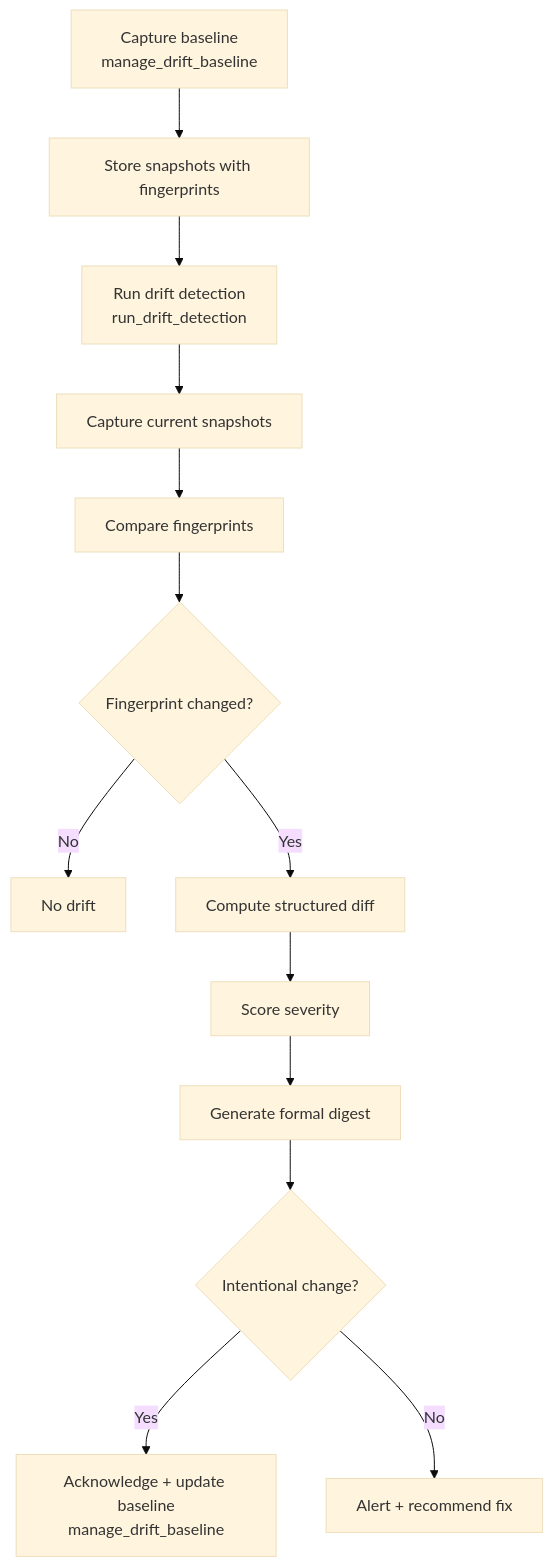
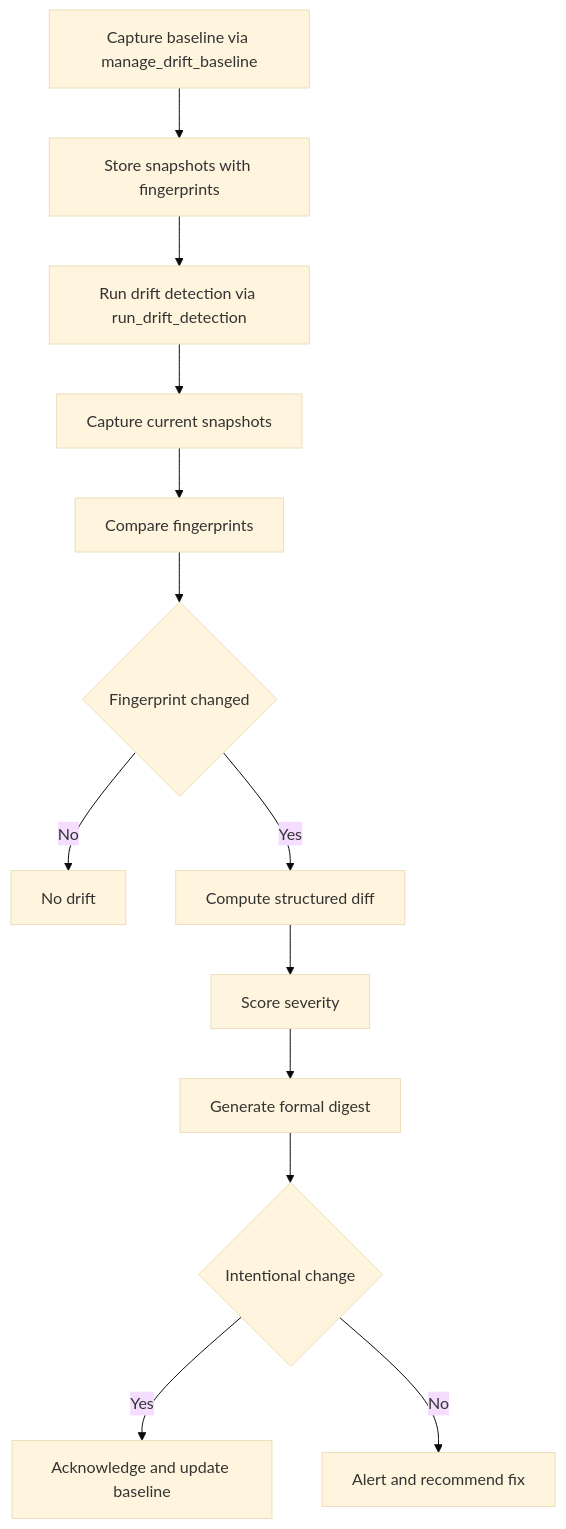
One commit to ritvikindupuri/aws-ai-agent changed diagram 19 of 23 in TECHNICAL_DOCUMENTATION.md. Above: the diagram before and after it, drawn with Mermaid (base theme). The commit also changed other lines of this file, not shown here.

Commit message:
Updated README and docs diagrams

````diff
--- a/TECHNICAL_DOCUMENTATION.md
+++ b/TECHNICAL_DOCUMENTATION.md
@@ -1685,15 +1693,15 @@
 ```mermaid
 flowchart TD
-    A[Capture baseline<br/>manage_drift_baseline] --> B[Store snapshots with fingerprints]
-    B --> C[Run drift detection<br/>run_drift_detection]
+    A[Capture baseline via manage_drift_baseline] --> B[Store snapshots with fingerprints]
+    B --> C[Run drift detection via run_drift_detection]
     C --> D[Capture current snapshots]
     D --> E[Compare fingerprints]
-    E --> F{Fingerprint changed?}
+    E --> F{Fingerprint changed}
     F -- No --> G[No drift]
     F -- Yes --> H[Compute structured diff]
     H --> I[Score severity]
     I --> J[Generate formal digest]
-    J --> K{Intentional change?}
-    K -- Yes --> L[Acknowledge + update baseline<br/>manage_drift_baseline]
-    K -- No --> M[Alert + recommend fix]
+    J --> K{Intentional change}
+    K -- Yes --> L[Acknowledge and update baseline]
+    K -- No --> M2[Alert and recommend fix]
 ```
````
